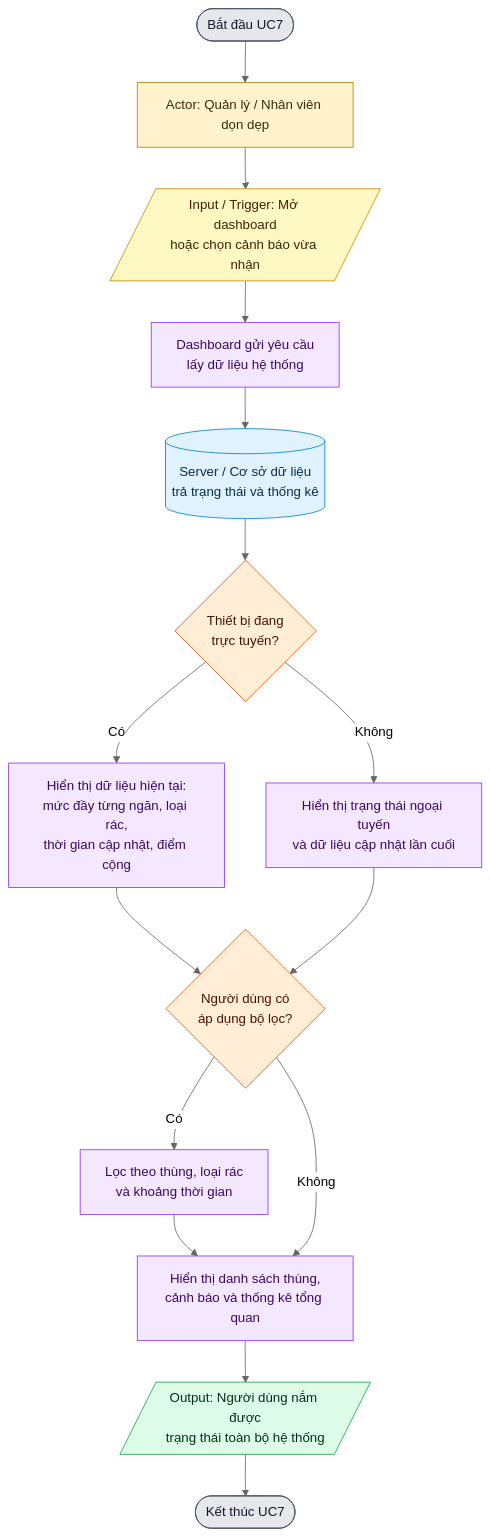
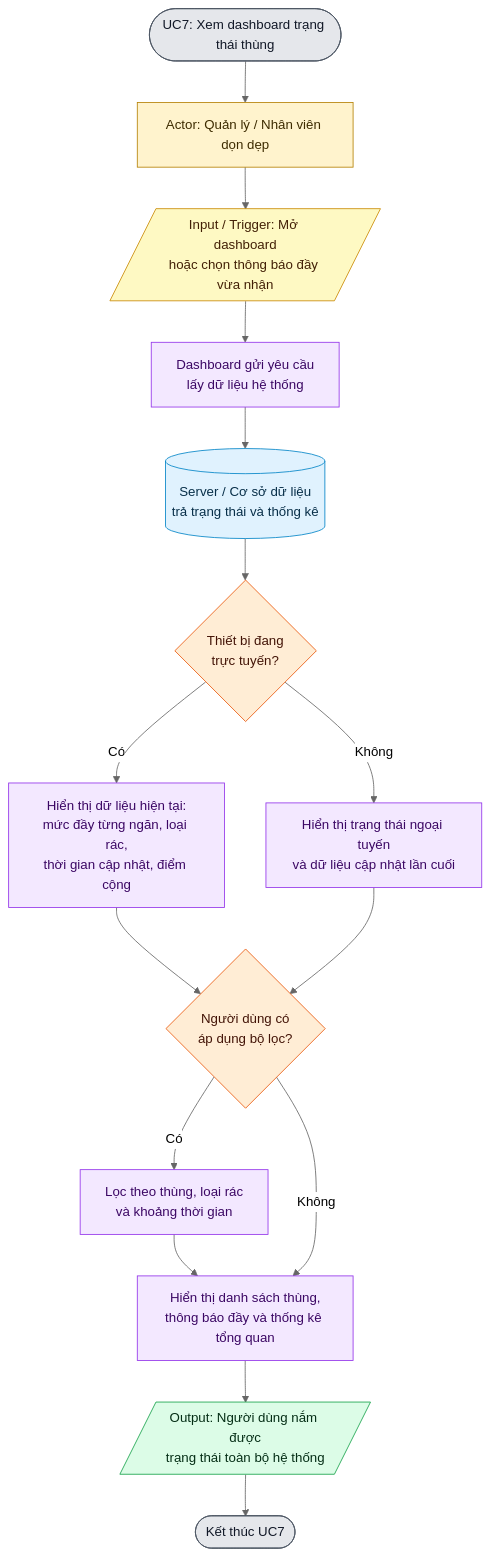
Before and after one commit to ariesanhthu/AIOT-SMART-TRASH-BIN: the diagram in FLOWCHART/UC07_xem_dashboard_trang_thai_thung.mmd, drawn with Mermaid (neutral theme). The commit also changed 11 other files, not shown here.

Commit message:
update: fix flowcharts

```diff
--- a/FLOWCHART/UC07_xem_dashboard_trang_thai_thung.mmd
+++ b/FLOWCHART/UC07_xem_dashboard_trang_thai_thung.mmd
@@ -1,37 +1,37 @@
 flowchart TD
-    start([Bắt đầu UC7])
+    start([UC7: Xem dashboard trạng thái thùng])
     actor["Actor: Quản lý / Nhân viên dọn dẹp"]
-    trigger[/"Input / Trigger: Mở dashboard<br/>hoặc chọn cảnh báo vừa nhận"/]
+    trigger[/"Input / Trigger: Mở dashboard<br/>hoặc chọn thông báo đầy vừa nhận"/]
     request["Dashboard gửi yêu cầu<br/>lấy dữ liệu hệ thống"]
     server[("Server / Cơ sở dữ liệu<br/>trả trạng thái và thống kê")]
     connection{"Thiết bị đang<br/>trực tuyến?"}
     online["Hiển thị dữ liệu hiện tại:<br/>mức đầy từng ngăn, loại rác,<br/>thời gian cập nhật, điểm cộng"]
     offline["Hiển thị trạng thái ngoại tuyến<br/>và dữ liệu cập nhật lần cuối"]
     filter{"Người dùng có<br/>áp dụng bộ lọc?"}
     apply["Lọc theo thùng, loại rác<br/>và khoảng thời gian"]
-    overview["Hiển thị danh sách thùng,<br/>cảnh báo và thống kê tổng quan"]
+    overview["Hiển thị danh sách thùng,<br/>thông báo đầy và thống kê tổng quan"]
     output[/"Output: Người dùng nắm được<br/>trạng thái toàn bộ hệ thống"/]
     finish([Kết thúc UC7])
 
     start --> actor --> trigger --> request --> server --> connection
     connection -- Có --> online --> filter
     connection -- Không --> offline --> filter
     filter -- Có --> apply --> overview
     filter -- Không --> overview
     overview --> output --> finish
 
     classDef actor fill:#fff3cd,stroke:#b58105,color:#3d2b00;
     classDef input fill:#fef9c3,stroke:#ca8a04,color:#422006;
     classDef process fill:#f3e8ff,stroke:#9333ea,color:#3b0764;
     classDef decision fill:#ffedd5,stroke:#ea580c,color:#431407;
     classDef output fill:#dcfce7,stroke:#16a34a,color:#052e16;
     classDef data fill:#e0f2fe,stroke:#0284c7,color:#082f49;
     classDef terminal fill:#e5e7eb,stroke:#4b5563,color:#111827;
 
     class actor actor;
     class trigger input;
     class request,online,offline,apply,overview process;
     class connection,filter decision;
     class output output;
     class server data;
     class start,finish terminal;
```
